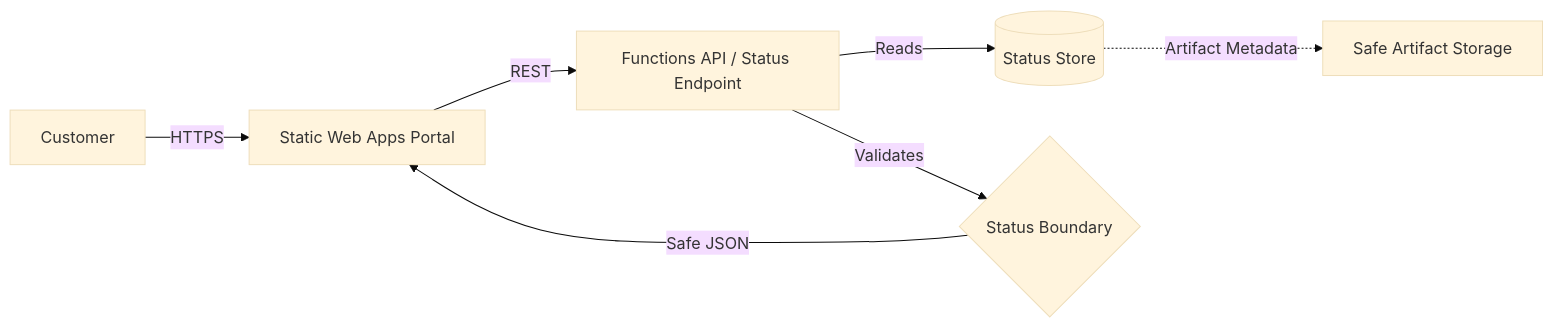
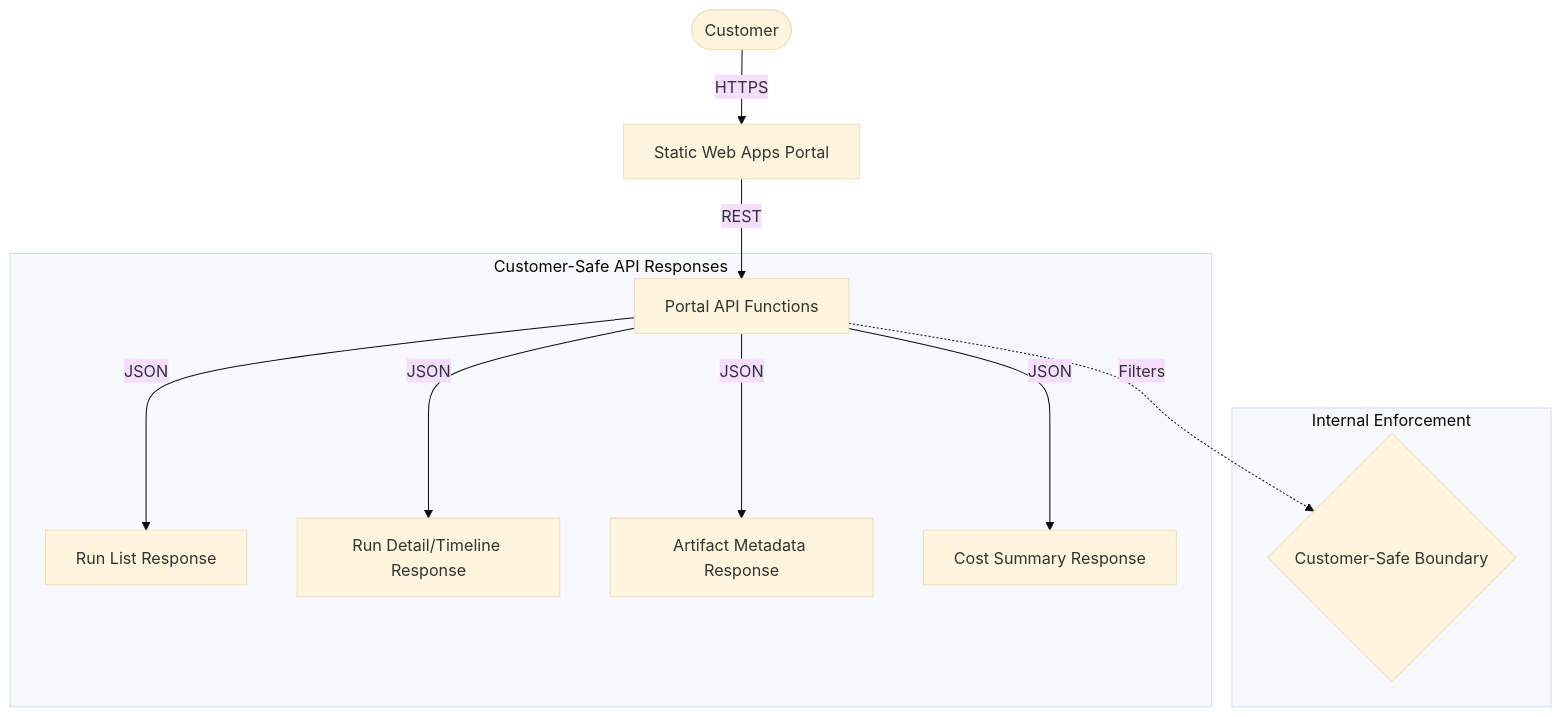
The diagram in building-blocks/portals/static-status-portal/README.md (wildersa/azure_ref_kit), drawn with Mermaid (base theme) before and after one commit. The commit also changed other lines of this file and 2 other files, not shown here.

First line of the commit message:
[PORTAL-001] Define static status portal shell contract

````diff
--- a/building-blocks/portals/static-status-portal/README.md
+++ b/building-blocks/portals/static-status-portal/README.md
@@ -22,9 +20,16 @@
 ```mermaid
-flowchart LR
-    Customer[Customer] -->|HTTPS| SWA[Static Web Apps Portal]
-    SWA -->|REST| API[Functions API / Status Endpoint]
-    API -->|Reads| Store[(Status Store)]
-    Store -.->|Artifact Metadata| Artifacts[Safe Artifact Storage]
-    API -->|Validates| Boundary{Status Boundary}
-    Boundary -->|Safe JSON| SWA
+graph TD
+    Customer([Customer]) -->|HTTPS| Portal[Static Web Apps Portal]
+    Portal -->|REST| API[Portal API Functions]
+
+    subgraph "Customer-Safe API Responses"
+        API -->|JSON| RunList[Run List Response]
+        API -->|JSON| RunDetail[Run Detail/Timeline Response]
+        API -->|JSON| Artifacts[Artifact Metadata Response]
+        API -->|JSON| Cost[Cost Summary Response]
+    end
+
+    subgraph "Internal Enforcement"
+        API -.->|Filters| Boundary{Customer-Safe Boundary}
+    end
 ```
````
